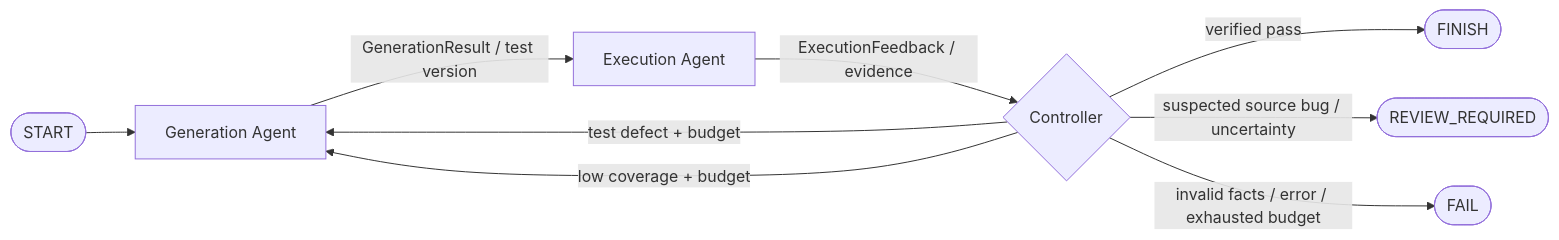
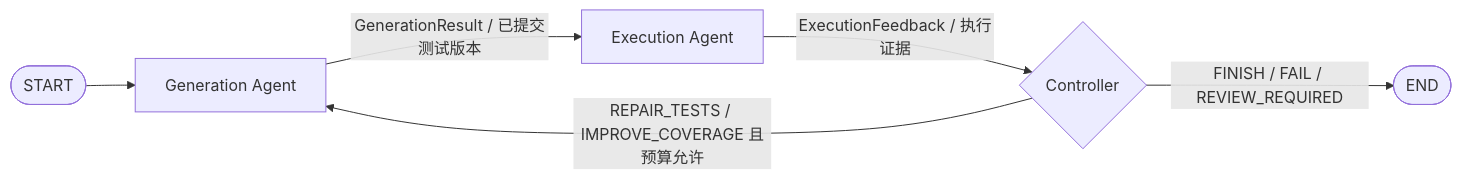
Before and after one commit to ycwang-April/SE2-TestPilot-WF: the diagram in README.md, drawn with Mermaid. The commit also changed other lines of this file and 3 other files, not shown here.

````diff
--- a/README.md
+++ b/README.md
@@ -65,11 +13,8 @@
 ```mermaid
 flowchart LR
     S([START]) --> G[Generation Agent]
-    G -->|GenerationResult / test version| E[Execution Agent]
-    E -->|ExecutionFeedback / evidence| C{Controller}
-    C -->|test defect + budget| G
-    C -->|low coverage + budget| G
-    C -->|verified pass| F([FINISH])
-    C -->|suspected source bug / uncertainty| R([REVIEW_REQUIRED])
-    C -->|invalid facts / error / exhausted budget| X([FAIL])
+    G -->|GenerationResult / 已提交测试版本| E[Execution Agent]
+    E -->|ExecutionFeedback / 执行证据| C{Controller}
+    C -->|REPAIR_TESTS / IMPROVE_COVERAGE 且预算允许| G
+    C -->|FINISH / FAIL / REVIEW_REQUIRED| X([END])
 ```
````
